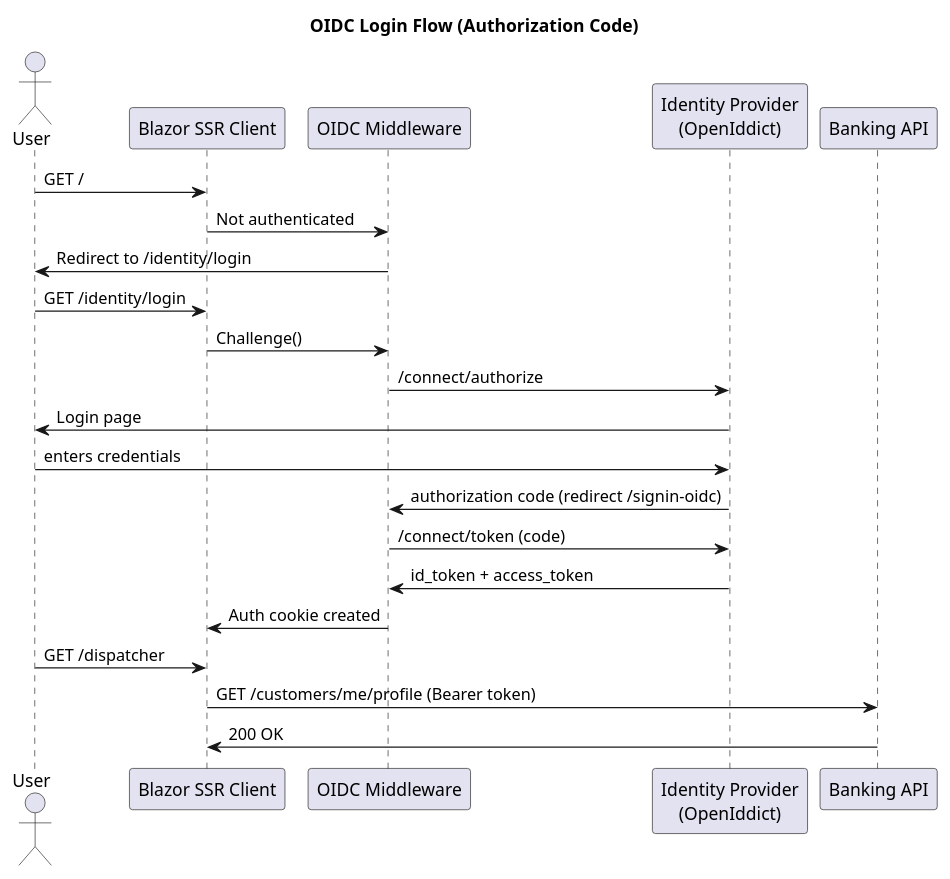
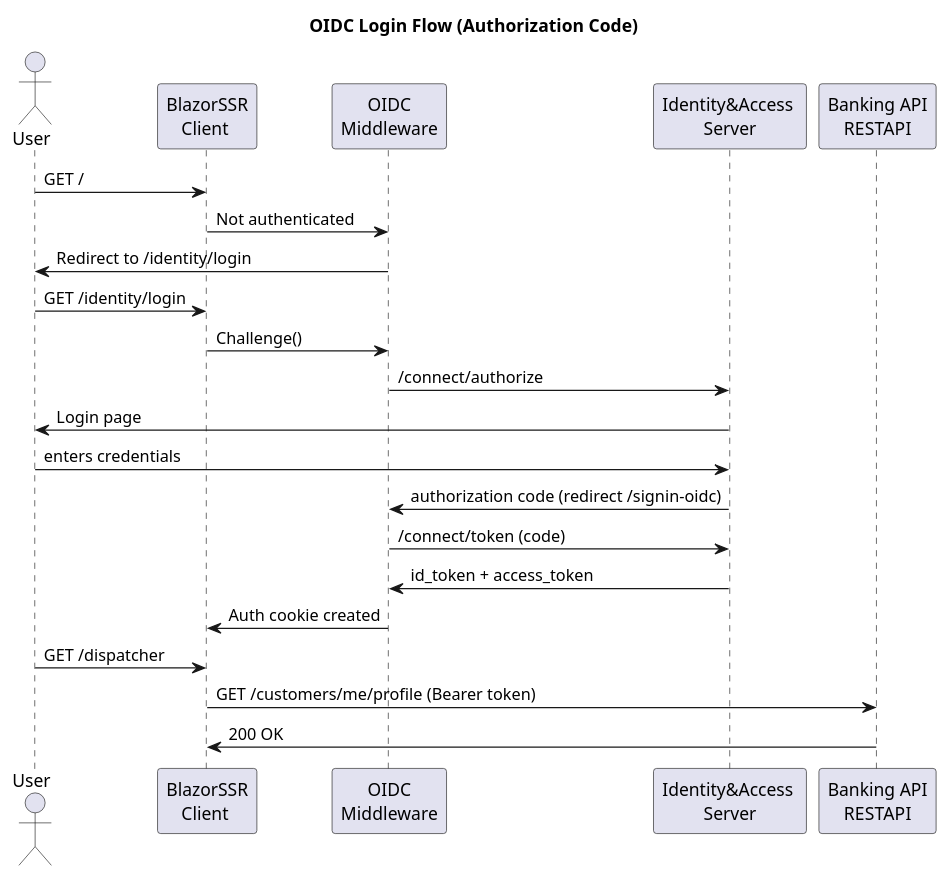
One commit to berndRog/IdentityAccessServer changed the diagram in IdentityAccessServer/1UML/2_Login.puml. Above: the diagram before and after it, drawn with PlantUML. The commit also changed 29 other files, not shown here.

Commit message:
Refactor authentication configuration; rename AuthServer to IdentityAccessServer in settings and code references for consistency

```diff
--- a/IdentityAccessServer/1UML/2_Login.puml
+++ b/IdentityAccessServer/1UML/2_Login.puml
@@ -1,32 +1,32 @@
 @startuml
 title OIDC Login Flow (Authorization Code)
 
 actor User
-participant "Blazor SSR Client" as Client
-participant "OIDC Middleware" as Middleware
-participant "Identity Provider\n(OpenIddict)" as IdP
-participant "Banking API" as API
+participant "BlazorSSR\nClient " as Client
+participant "OIDC\nMiddleware" as Middleware
+participant "Identity&Access \nServer" as IdP
+participant "Banking API\nRESTAPI" as API
 
 User -> Client : GET /
 Client -> Middleware : Not authenticated
 Middleware -> User : Redirect to /identity/login
 
 User -> Client : GET /identity/login
 Client -> Middleware : Challenge()
 
 Middleware -> IdP : /connect/authorize
 IdP -> User : Login page
 
 User -> IdP : enters credentials
 IdP -> Middleware : authorization code (redirect /signin-oidc)
 
 Middleware -> IdP : /connect/token (code)
 IdP -> Middleware : id_token + access_token
 
 Middleware -> Client : Auth cookie created
 
 User -> Client : GET /dispatcher
 Client -> API : GET /customers/me/profile (Bearer token)
 API -> Client : 200 OK
 
 @enduml
```
